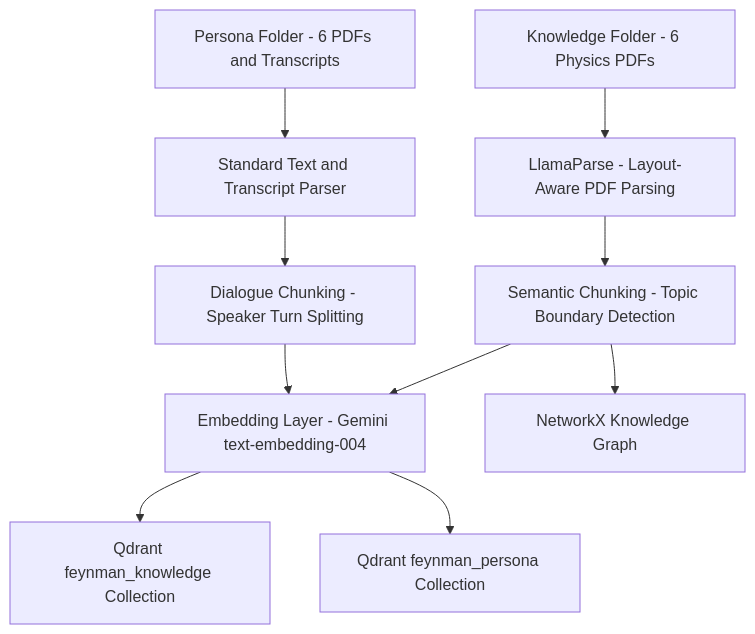
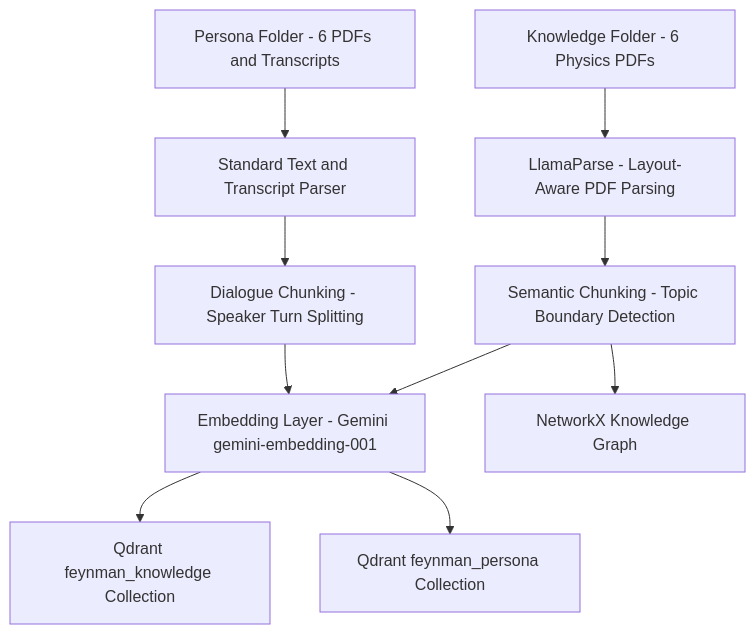
Before and after one commit to RajatRawal-06/Digital_Twin_Rag: the second of 2 diagrams in README.md, drawn with Mermaid. The commit also changed other lines of this file and 1 other file, not shown here.

Commit message:
Fix embedding model: use gemini-embedding-001 (3072 dims) - the actual available Gemini embedding model

````diff
--- a/README.md
+++ b/README.md
@@ -165,15 +165,15 @@
 ```mermaid
 flowchart TB
     K["Knowledge Folder - 6 Physics PDFs"] --> KP["LlamaParse - Layout-Aware PDF Parsing"]
     P["Persona Folder - 6 PDFs and Transcripts"] --> PP["Standard Text and Transcript Parser"]
 
     KP --> KC["Semantic Chunking - Topic Boundary Detection"]
     PP --> PC["Dialogue Chunking - Speaker Turn Splitting"]
 
-    KC --> EMB["Embedding Layer - Gemini text-embedding-004"]
+    KC --> EMB["Embedding Layer - Gemini gemini-embedding-001"]
     PC --> EMB
 
     EMB --> QK["Qdrant feynman_knowledge Collection"]
     EMB --> QP["Qdrant feynman_persona Collection"]
     KC --> KG["NetworkX Knowledge Graph"]
 ```
````
